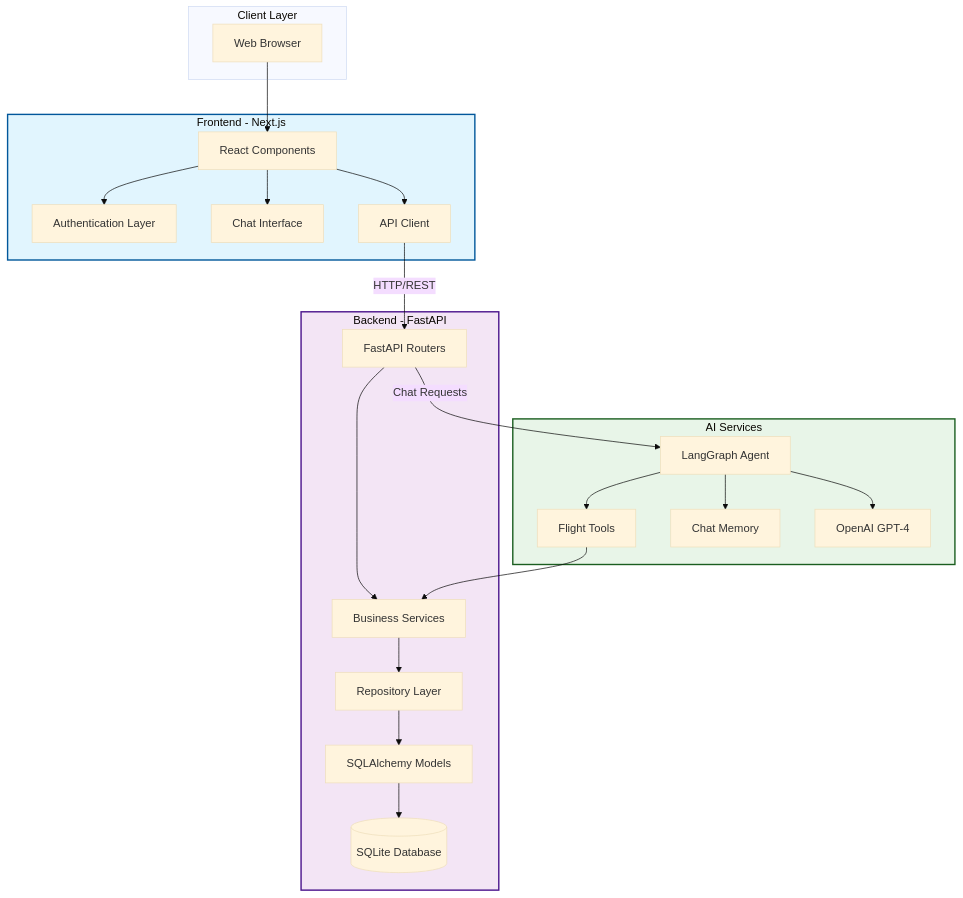
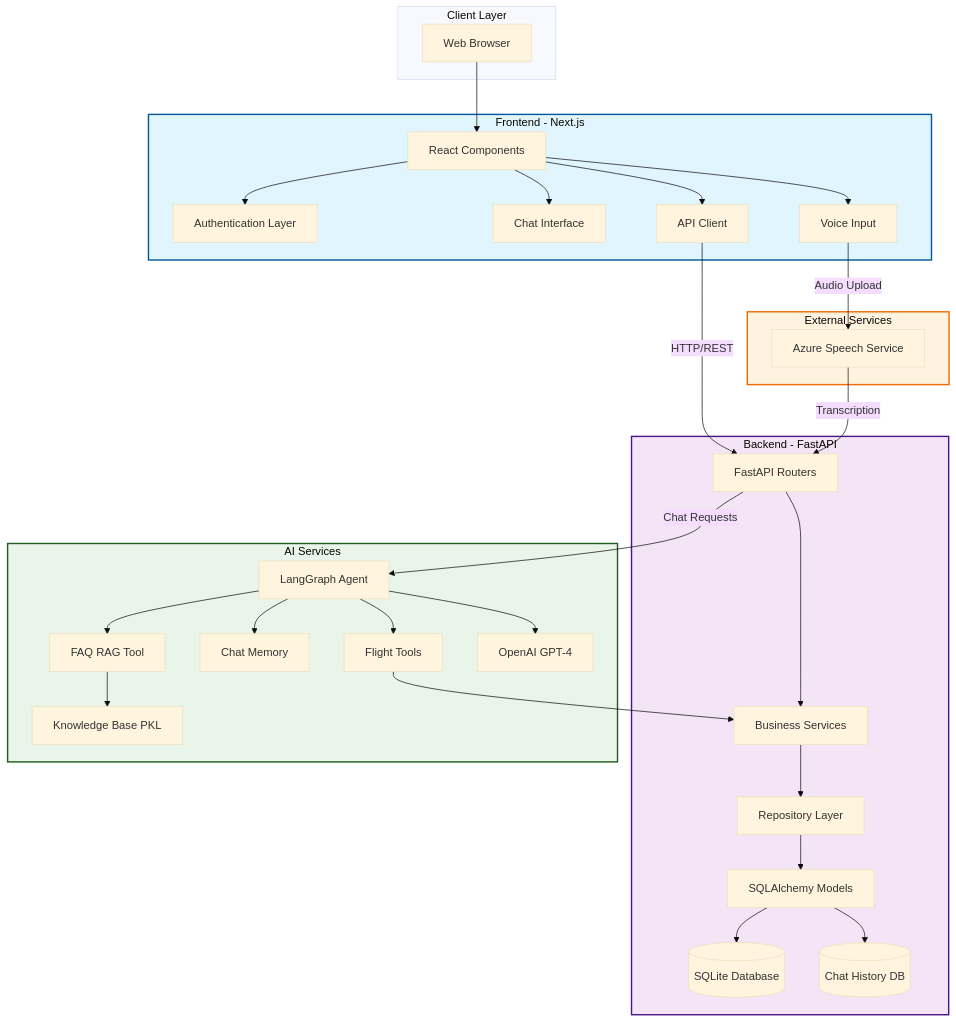
The diagram in docs/diagrams/01-system-architecture.mmd (juan-bolr-org/flights-chatbot-assistant), drawn with Mermaid (base theme) before and after one commit. The commit also changed 9 other files, not shown here.

Commit message:
Refactor project structure: remove outdated documentation and README files, update system architecture diagrams, and enhance chatbot knowledge base generation workflow.

```diff
--- a/docs/diagrams/01-system-architecture.mmd
+++ b/docs/diagrams/01-system-architecture.mmd
@@ -1,51 +1,68 @@
 graph TB
     subgraph ClientLayer["Client Layer"]
         Browser[Web Browser]
     end
     
     subgraph Frontend["Frontend - Next.js"]
         UI[React Components]
         Auth[Authentication Layer]
         Chat[Chat Interface]
+        Voice[Voice Input]
         API_Client[API Client]
     end
     
     subgraph Backend["Backend - FastAPI"]
         Router[FastAPI Routers]
         Services[Business Services]
         Repos[Repository Layer]
         Models[SQLAlchemy Models]
         DB[(SQLite Database)]
+        ChatHistory[(Chat History DB)]
     end
     
     subgraph AIServices["AI Services"]
         Agent[LangGraph Agent]
         Tools[Flight Tools]
         Memory[Chat Memory]
+        RAGTool[FAQ RAG Tool]
         OpenAI[OpenAI GPT-4]
+        KnowledgeBase[Knowledge Base PKL]
+    end
+    
+    subgraph ExternalServices["External Services"]
+        AzureSpeech[Azure Speech Service]
     end
     
     Browser --> UI
     UI --> Auth
     UI --> Chat
+    UI --> Voice
     UI --> API_Client
     
     API_Client -->|HTTP/REST| Router
     Router --> Services
     Services --> Repos
     Repos --> Models
     Models --> DB
+    Models --> ChatHistory
     
     Router -->|Chat Requests| Agent
     Agent --> Tools
     Agent --> Memory
+    Agent --> RAGTool
     Agent --> OpenAI
     Tools --> Services
+    RAGTool --> KnowledgeBase
+    
+    Voice -->|Audio Upload| AzureSpeech
+    AzureSpeech -->|Transcription| Router
     
     classDef frontend fill:#e1f5fe,stroke:#01579b,stroke-width:2px
     classDef backend fill:#f3e5f5,stroke:#4a148c,stroke-width:2px
     classDef ai fill:#e8f5e8,stroke:#1b5e20,stroke-width:2px
+    classDef external fill:#fff3e0,stroke:#ef6c00,stroke-width:2px
     
     class Frontend frontend
     class Backend backend
     class AIServices ai
+    class ExternalServices external
```
